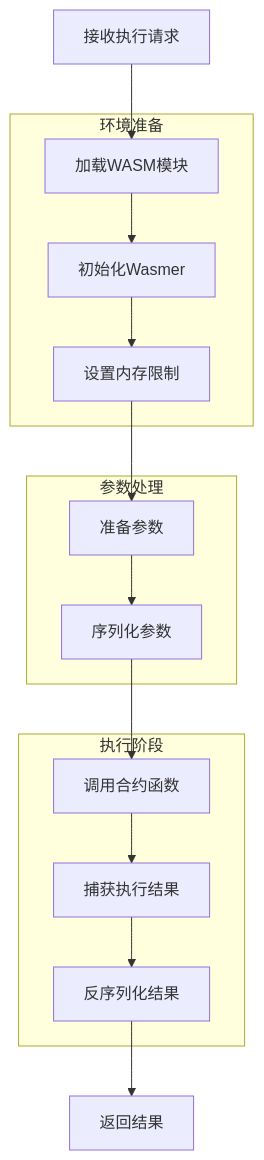
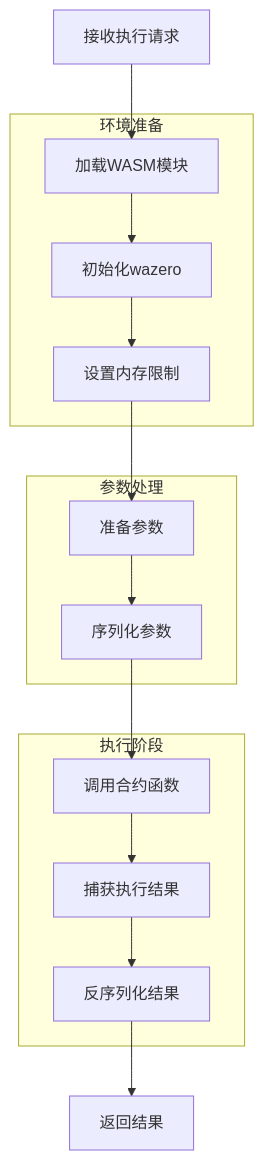
The sixth of 6 diagrams in docs/wasi_contracts.md (govm-net/vm), drawn with Mermaid before and after one commit. The commit also changed other lines of this file and 59 other files, not shown here.

````diff
--- a/docs/wasi_contracts.md
+++ b/docs/wasi_contracts.md
@@ -970,31 +970,31 @@
 ```mermaid
 flowchart TD
     A[接收执行请求] --> B[加载WASM模块]
-    B --> C[初始化Wasmer]
+    B --> C[初始化wazero]
     C --> D[设置内存限制]
     
     D --> E[准备参数]
     E --> F[序列化参数]
     F --> G[调用合约函数]
     
     G --> H[捕获执行结果]
     H --> I[反序列化结果]
     I --> J[返回结果]
     
     subgraph 环境准备
     B
     C
     D
     end
     
     subgraph 参数处理
     E
     F
     end
     
     subgraph 执行阶段
     G
     H
     I
     end
 ``` 
````
